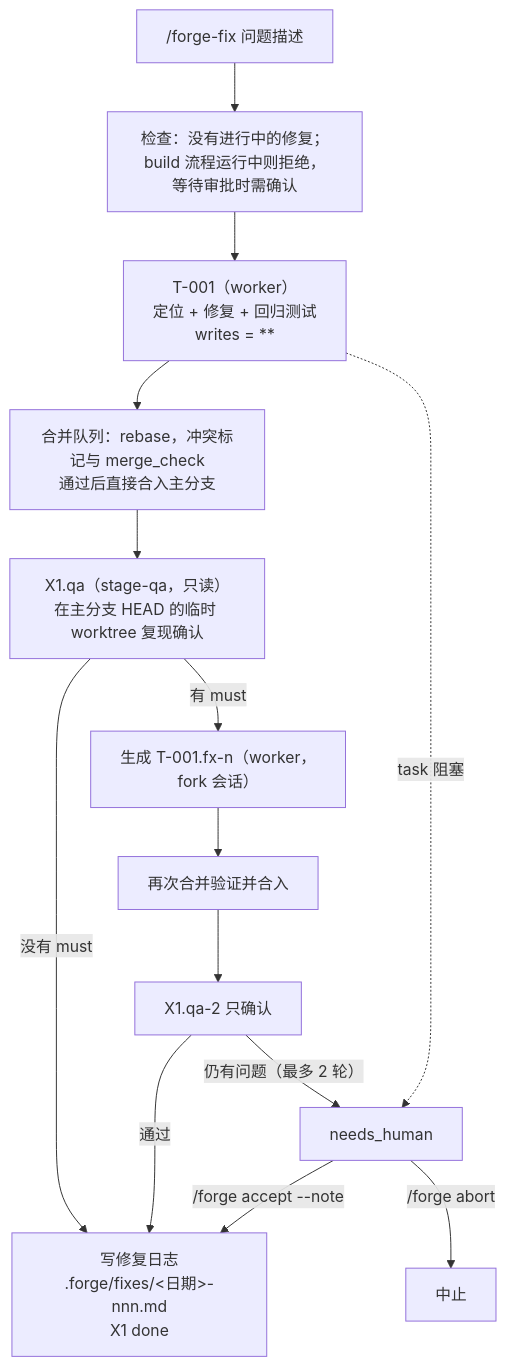
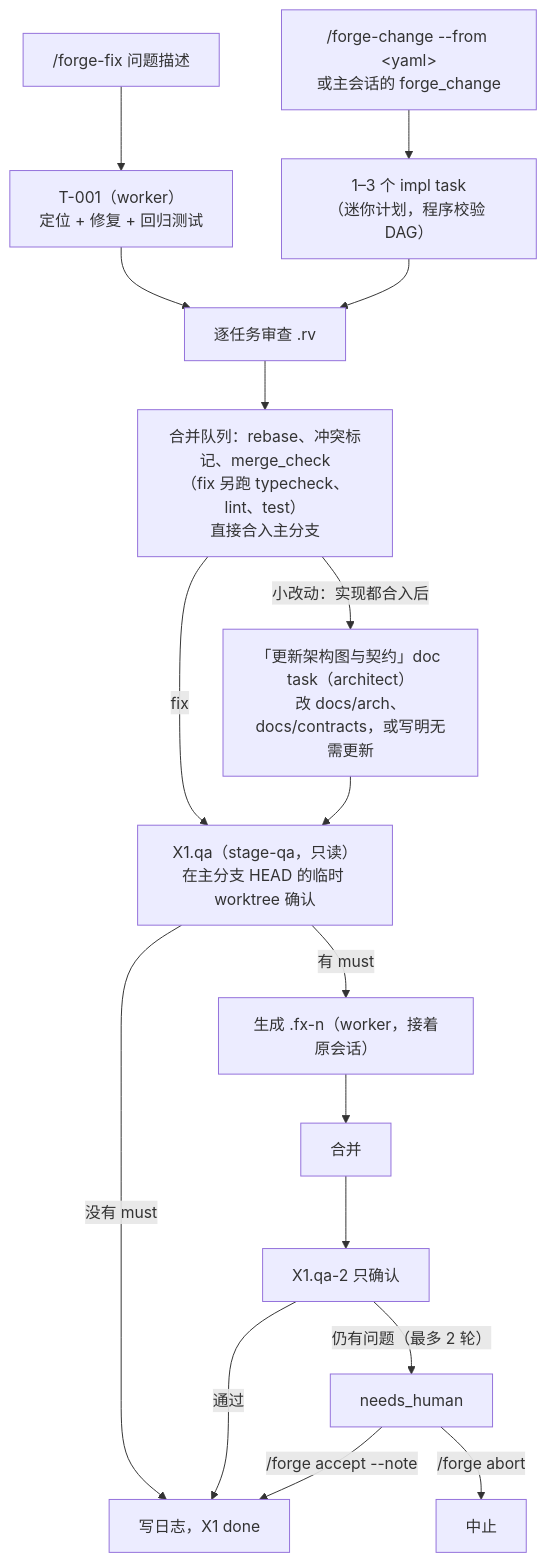
One commit to M2tHane/pi-forge changed the seventh of 7 diagrams in docs/flow.md. Above: the diagram before and after it, drawn with Mermaid. The commit also changed other lines of this file and 320 other files, not shown here.

````diff
--- a/docs/flow.md
+++ b/docs/flow.md
@@ -206,16 +175,18 @@
 ```mermaid
 flowchart TD
-    S["/forge-fix 问题描述"] --> C["检查：没有进行中的修复；<br/>build 流程运行中则拒绝，等待审批时需确认"]
-    C --> T1["T-001（worker）<br/>定位 + 修复 + 回归测试<br/>writes = **"]
-    T1 --> M["合并队列：rebase，冲突标记与 merge_check<br/>通过后直接合入主分支"]
-    M --> Q1["X1.qa（stage-qa，只读）<br/>在主分支 HEAD 的临时 worktree 复现确认"]
-    Q1 -->|"没有 must"| LOG["写修复日志<br/>.forge/fixes/&lt;日期&gt;-nnn.md<br/>X1 done"]
-    Q1 -->|"有 must"| FX["生成 T-001.fx-n（worker，fork 会话）"]
-    FX --> M2["再次合并验证并合入"]
-    M2 --> Q2["X1.qa-2 只确认"]
+    S1["/forge-fix 问题描述"] --> T1["T-001（worker）<br/>定位 + 修复 + 回归测试"]
+    S2["/forge-change --from &lt;yaml&gt;<br/>或主会话的 forge_change"] --> T2["1–3 个 impl task<br/>（迷你计划，程序校验 DAG）"]
+    T1 --> RV["逐任务审查 .rv"]
+    T2 --> RV
+    RV --> M["合并队列：rebase、冲突标记、merge_check<br/>（fix 另跑 typecheck、lint、test）<br/>直接合入主分支"]
+    M -->|"小改动：实现都合入后"| D["「更新架构图与契约」doc task（architect）<br/>改 docs/arch、docs/contracts，或写明无需更新"]
+    M -->|"fix"| Q1
+    D --> Q1["X1.qa（stage-qa，只读）<br/>在主分支 HEAD 的临时 worktree 确认"]
+    Q1 -->|"没有 must"| LOG["写日志，X1 done"]
+    Q1 -->|"有 must"| FX["生成 .fx-n（worker，接着原会话）"]
+    FX --> M2["合并"] --> Q2["X1.qa-2 只确认"]
     Q2 -->|"通过"| LOG
     Q2 -->|"仍有问题（最多 2 轮）"| NH["needs_human"]
-    T1 -.->|"task 阻塞"| NH
     NH -->|"/forge accept --note"| LOG
     NH -->|"/forge abort"| X["中止"]
 ```
````
